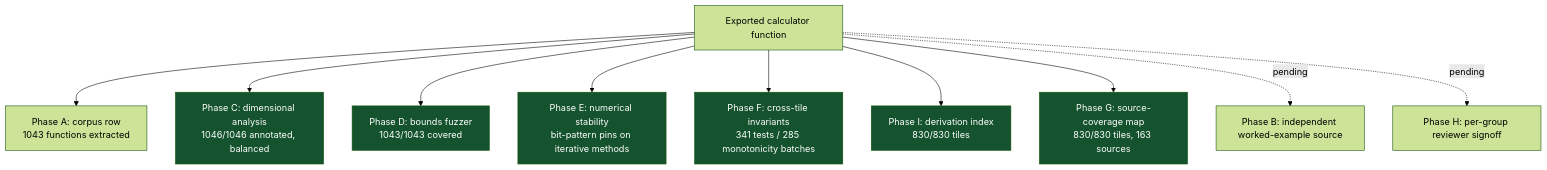
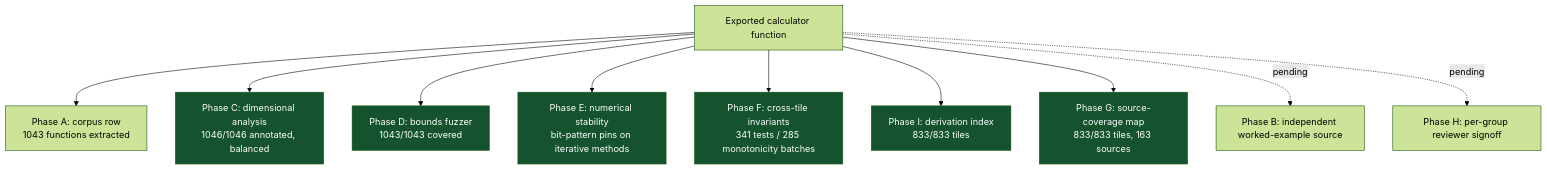
One commit to clay-good/roughlogic.com changed the sixth of 8 diagrams in README.md. Above: the diagram before and after it, drawn with Mermaid (forest theme). The commit also changed other lines of this file and 20 other files, not shown here.

````diff
--- a/README.md
+++ b/README.md
@@ -519,18 +519,18 @@
 ```mermaid
 flowchart TB
     F[Exported calculator function] --> A[Phase A: corpus row\n1043 functions extracted]
     F --> C[Phase C: dimensional analysis\n1046/1046 annotated, balanced]
     F --> D[Phase D: bounds fuzzer\n1043/1043 covered]
     F --> E[Phase E: numerical stability\nbit-pattern pins on iterative methods]
     F --> Fa[Phase F: cross-tile invariants\n341 tests / 285 monotonicity batches]
-    F --> I[Phase I: derivation index\n830/830 tiles]
-    F --> G[Phase G: source-coverage map\n830/830 tiles, 163 sources]
+    F --> I[Phase I: derivation index\n833/833 tiles]
+    F --> G[Phase G: source-coverage map\n833/833 tiles, 163 sources]
     F -.pending.-> B[Phase B: independent worked-example source]
     F -.pending.-> H[Phase H: per-group reviewer signoff]
     style C fill:#14532d,color:#fff
     style D fill:#14532d,color:#fff
     style E fill:#14532d,color:#fff
     style Fa fill:#14532d,color:#fff
     style G fill:#14532d,color:#fff
     style I fill:#14532d,color:#fff
 ```
````
